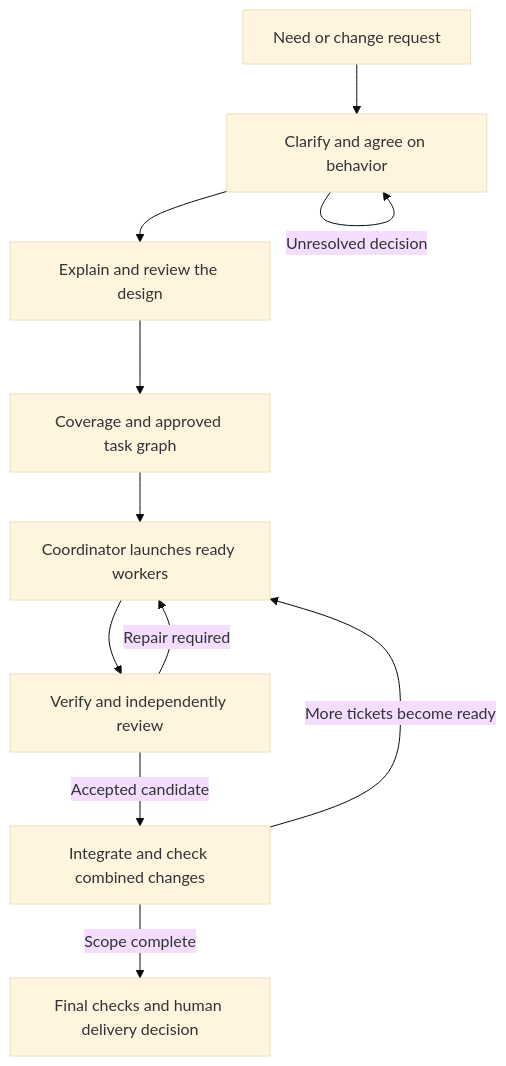
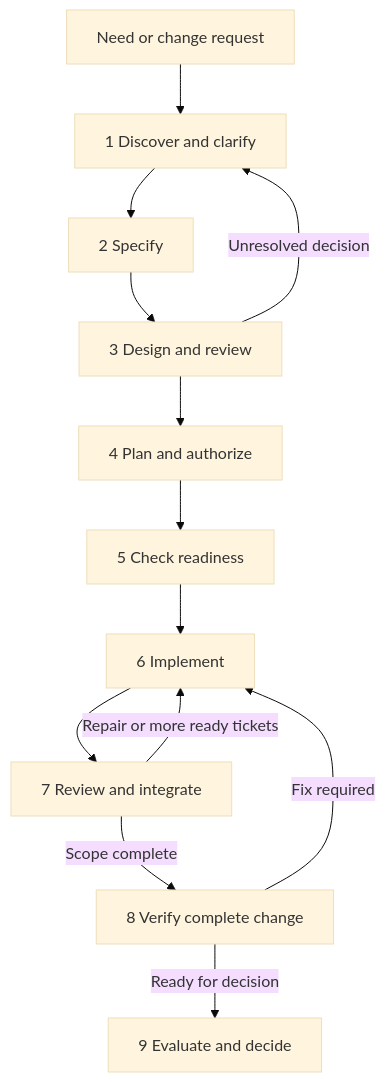
Before and after one commit to netname/pi-adapted-mp-skills: the first of 3 diagrams in docs/MANUAL.md, drawn with Mermaid (base theme). The commit also changed other lines of this file and 3 other files, not shown here.

````diff
--- a/docs/MANUAL.md
+++ b/docs/MANUAL.md
@@ -48,13 +48,15 @@
 ```mermaid
 flowchart TD
-    N["Need or change request"] --> P["Clarify and agree on behavior"]
-    P --> D["Explain and review the design"]
-    D --> S["Coverage and approved task graph"]
-    S --> W["Coordinator launches ready workers"]
-    W --> V["Verify and independently review"]
-    V -->|"Repair required"| W
-    V -->|"Accepted candidate"| I["Integrate and check combined changes"]
-    I -->|"More tickets become ready"| W
-    I -->|"Scope complete"| F["Final checks and human delivery decision"]
-    P -->|"Unresolved decision"| P
+    N["Need or change request"] --> D1["1 Discover and clarify"]
+    D1 --> D2["2 Specify"]
+    D2 --> D3["3 Design and review"]
+    D3 --> D4["4 Plan and authorize"]
+    D4 --> D5["5 Check readiness"]
+    D5 --> D6["6 Implement"]
+    D6 --> D7["7 Review and integrate"]
+    D7 -->|"Repair or more ready tickets"| D6
+    D7 -->|"Scope complete"| D8["8 Verify complete change"]
+    D8 -->|"Ready for decision"| D9["9 Evaluate and decide"]
+    D8 -->|"Fix required"| D6
+    D3 -->|"Unresolved decision"| D1
 ```
````
